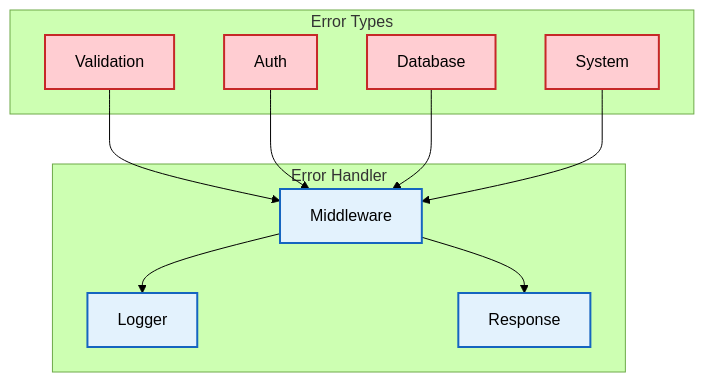
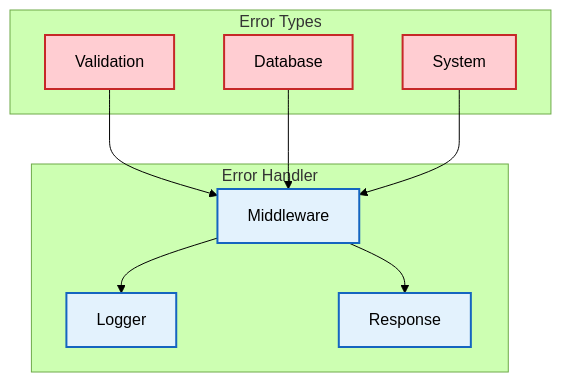
Before and after one commit to nessaee/chess-database: the third of 4 diagrams in docs/api-reference.md, drawn with Mermaid (forest theme). The commit also changed other lines of this file and 1 other file, not shown here.

```diff
--- a/docs/api-reference.md
+++ b/docs/api-reference.md
@@ -107,25 +214,24 @@
 <pre class="mermaid">
 graph TB
     subgraph Errors["Error Types"]
         V[Validation]
-        A[Auth]
         D[Database]
         S[System]
     end
     
     subgraph Handler["Error Handler"]
         M[Middleware]
         L[Logger]
         R[Response]
     end
     
-    V & A & D & S --> M
+    V & D & S --> M
     M --> L
     M --> R
     
     classDef error fill:#ffcdd2,stroke:#c62828,stroke-width:2px
     classDef handler fill:#e3f2fd,stroke:#1565c0,stroke-width:2px
     
-    class V,A,D,S error
+    class V,D,S error
     class M,L,R handler
 </pre>
```
